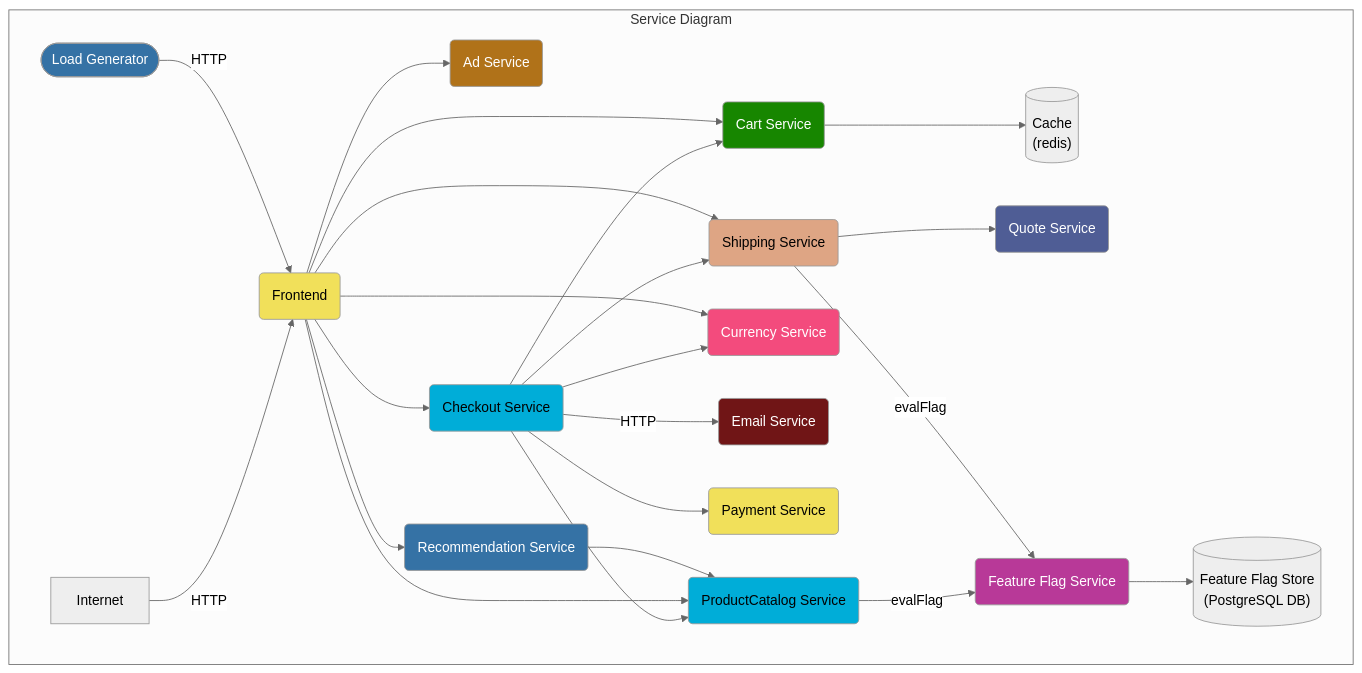
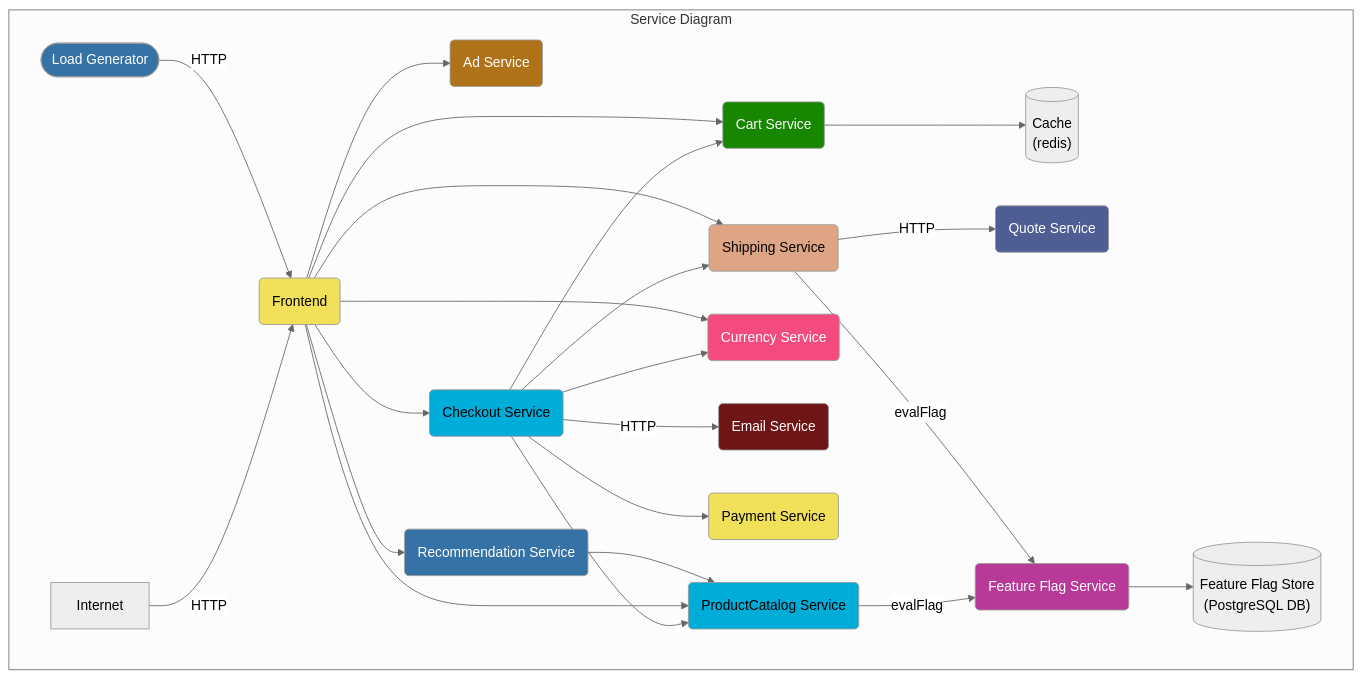
The first of 2 diagrams in README.md (open-telemetry/opentelemetry-demo), drawn with Mermaid (neutral theme) before and after one commit.

Commit message:
Add HTTP

````diff
--- a/README.md
+++ b/README.md
@@ -35,56 +35,56 @@
 ```mermaid
 graph TD
 
 subgraph Service Diagram
 adservice(Ad Service):::java
 cache[(Cache<br/>&#40redis&#41)]
 cartservice(Cart Service):::dotnet
 checkoutservice(Checkout Service):::golang
 currencyservice(Currency Service):::cpp
 emailservice(Email Service):::ruby
 frontend(Frontend):::javascript
 loadgenerator([Load Generator]):::python
 paymentservice(Payment Service):::javascript
 productcatalogservice(ProductCatalog Service):::golang
 quoteservice(Quote Service):::php
 recommendationservice(Recommendation Service):::python
 shippingservice(Shipping Service):::rust
 featureflagservice(Feature Flag Service):::erlang
 featureflagstore[(Feature Flag Store<br/>&#40PostgreSQL DB&#41)]
 
 Internet -->|HTTP| frontend
 loadgenerator -->|HTTP| frontend
 
 checkoutservice --> cartservice --> cache
 checkoutservice --> productcatalogservice
 checkoutservice --> currencyservice
 checkoutservice -->|HTTP| emailservice
 checkoutservice --> paymentservice
 checkoutservice --> shippingservice
 
 frontend --> adservice
 frontend --> cartservice
 frontend --> productcatalogservice
 frontend --> checkoutservice
 frontend --> currencyservice
 frontend --> recommendationservice --> productcatalogservice
-frontend --> shippingservice --> quoteservice
+frontend --> shippingservice -->|HTTP| quoteservice
 
 productcatalogservice --> |evalFlag| featureflagservice
 
 shippingservice --> |evalFlag| featureflagservice
 
 featureflagservice --> featureflagstore
 
 end
 classDef java fill:#b07219,color:white;
 classDef dotnet fill:#178600,color:white;
 classDef golang fill:#00add8,color:black;
 classDef cpp fill:#f34b7d,color:white;
 classDef ruby fill:#701516,color:white;
 classDef python fill:#3572A5,color:white;
 classDef javascript fill:#f1e05a,color:black;
 classDef rust fill:#dea584,color:black;
 classDef erlang fill:#b83998,color:white;
 classDef php fill:#4f5d95,color:white;
 ```
````
